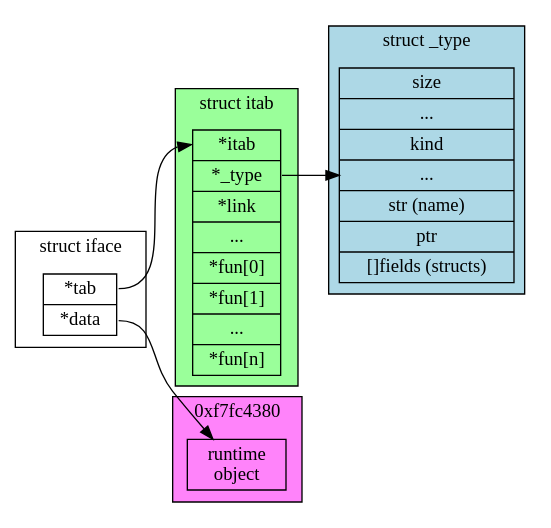
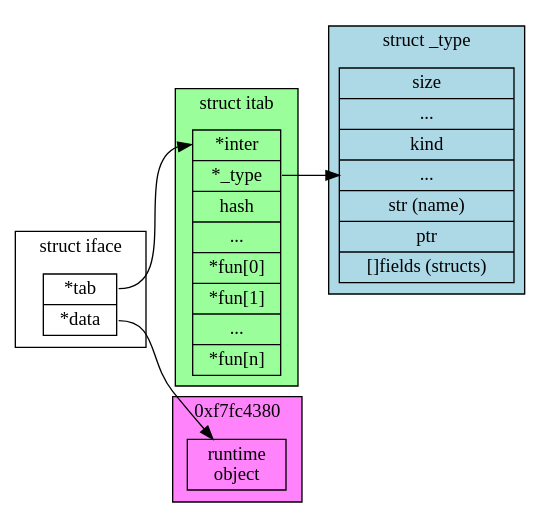
One commit to gopheracademy/gopheracademy-web changed the diagram in content/advent-2018/interfaces-images/interface.dot. Above: the diagram before and after it, drawn with Graphviz. The commit also changed 5 other files, not shown here.

```diff
--- a/content/advent-2018/interfaces-images/interface.dot
+++ b/content/advent-2018/interfaces-images/interface.dot
@@ -1,28 +1,28 @@
 digraph G {
   rankdir="LR";
   subgraph X {
     node [shape=record]
     subgraph cluster_0 {
       label = "struct iface";
       iface [ label = " <iftab> *tab  | <data> *data " ];
     }
     subgraph cluster_1 {
 			bgcolor=palegreen1;
       label = "struct itab";
-      itable [ label = " <itab> *itab  | <type> *_type | *link  | ... | *fun[0] | *fun[1] | ... | *fun[n] " ];
+      itable [ label = " <itab> *inter  | <type> *_type | hash | ... | *fun[0] | *fun[1] | ... | *fun[n] " ];
     }
     subgraph cluster_2  {
       label = "0xf7fc4380"
 			bgcolor=orchid1;
       object [ label = "runtime\nobject" ];
     }
     subgraph cluster_3 {
       label = "struct _type";
 			bgcolor=lightblue;
       type [ label = " size | ... | kind | ...| str (name) | ptr | []fields (structs)" ];
     }
   }
   itable:type -> type;
   iface:iftab -> itable:itab;
   iface:data -> object;
 }
```
